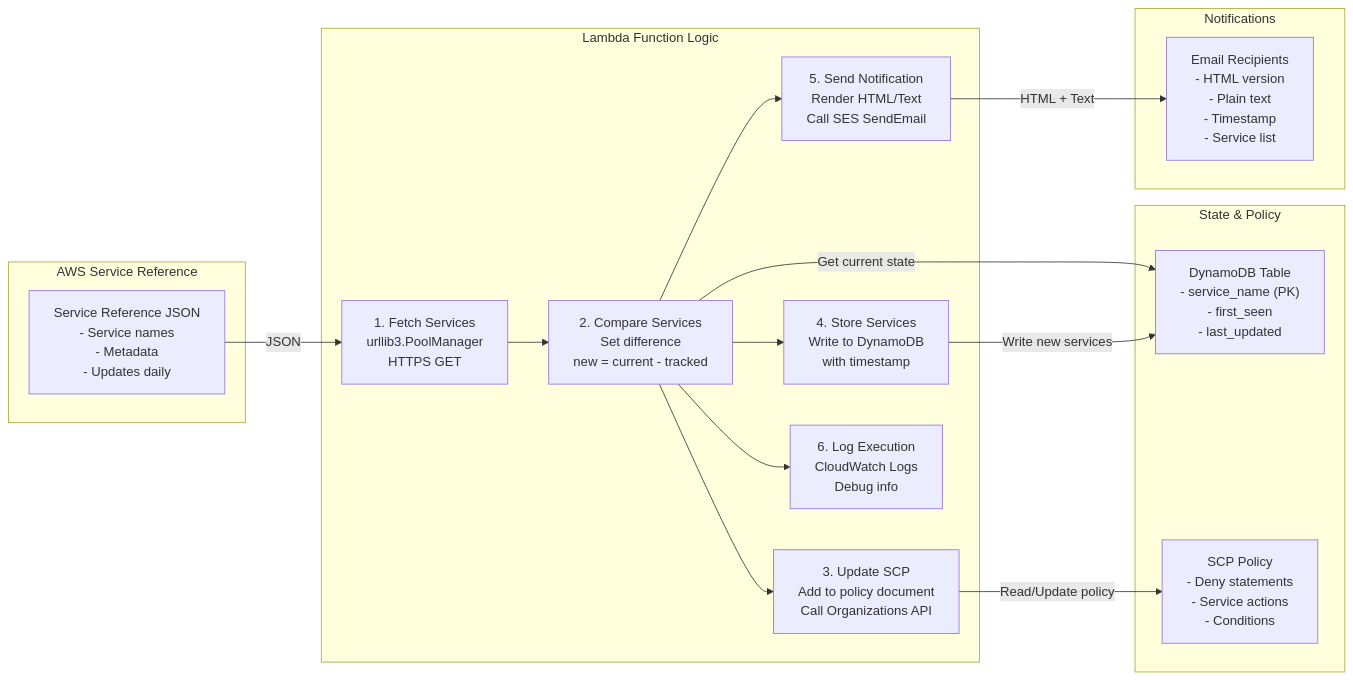
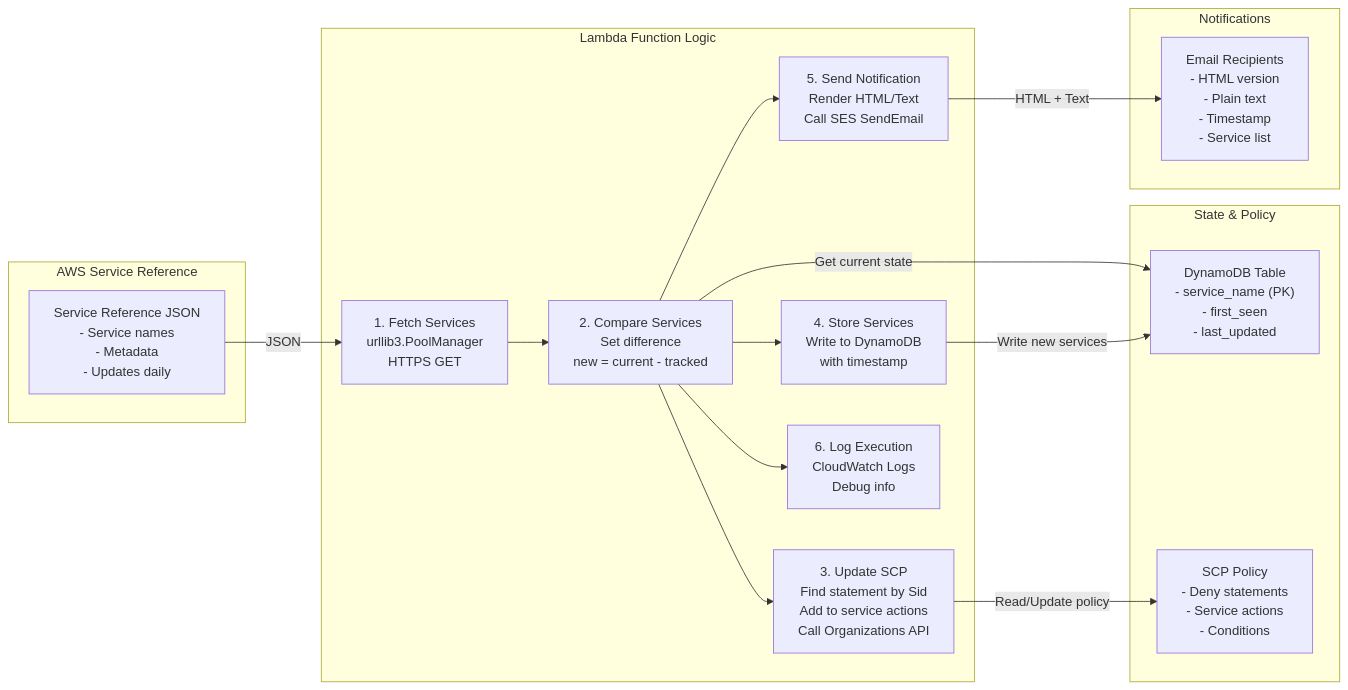
One commit to Sidford/aws-new-services changed the third of 8 diagrams in ARCHITECTURE.md. Above: the diagram before and after it, drawn with Mermaid. The commit also changed other lines of this file and 13 other files, not shown here.

````diff
--- a/ARCHITECTURE.md
+++ b/ARCHITECTURE.md
@@ -104,36 +104,36 @@
 ```mermaid
 graph LR
     subgraph "AWS Service Reference"
         SVCREF["Service Reference JSON<br/>- Service names<br/>- Metadata<br/>- Updates daily"]
     end
     
     subgraph "Lambda Function Logic"
         FETCH["1. Fetch Services<br/>urllib3.PoolManager<br/>HTTPS GET"]
         COMPARE["2. Compare Services<br/>Set difference<br/>new = current - tracked"]
-        UPDATE_SCP["3. Update SCP<br/>Add to policy document<br/>Call Organizations API"]
+        UPDATE_SCP["3. Update SCP<br/>Find statement by Sid<br/>Add to service actions<br/>Call Organizations API"]
         STORE["4. Store Services<br/>Write to DynamoDB<br/>with timestamp"]
         EMAIL["5. Send Notification<br/>Render HTML/Text<br/>Call SES SendEmail"]
         LOG["6. Log Execution<br/>CloudWatch Logs<br/>Debug info"]
     end
     
     subgraph "State & Policy"
         DDB["DynamoDB Table<br/>- service_name (PK)<br/>- first_seen<br/>- last_updated"]
         SCP["SCP Policy<br/>- Deny statements<br/>- Service actions<br/>- Conditions"]
     end
     
     subgraph "Notifications"
         RECIPIENTS["Email Recipients<br/>- HTML version<br/>- Plain text<br/>- Timestamp<br/>- Service list"]
     end
     
     SVCREF -->|JSON| FETCH
     FETCH --> COMPARE
     COMPARE --> UPDATE_SCP
     COMPARE --> STORE
     COMPARE --> EMAIL
     COMPARE --> LOG
     
     COMPARE -->|"Get current state"| DDB
     STORE -->|"Write new services"| DDB
     UPDATE_SCP -->|"Read/Update policy"| SCP
     EMAIL -->|"HTML + Text"| RECIPIENTS
 ```
````
